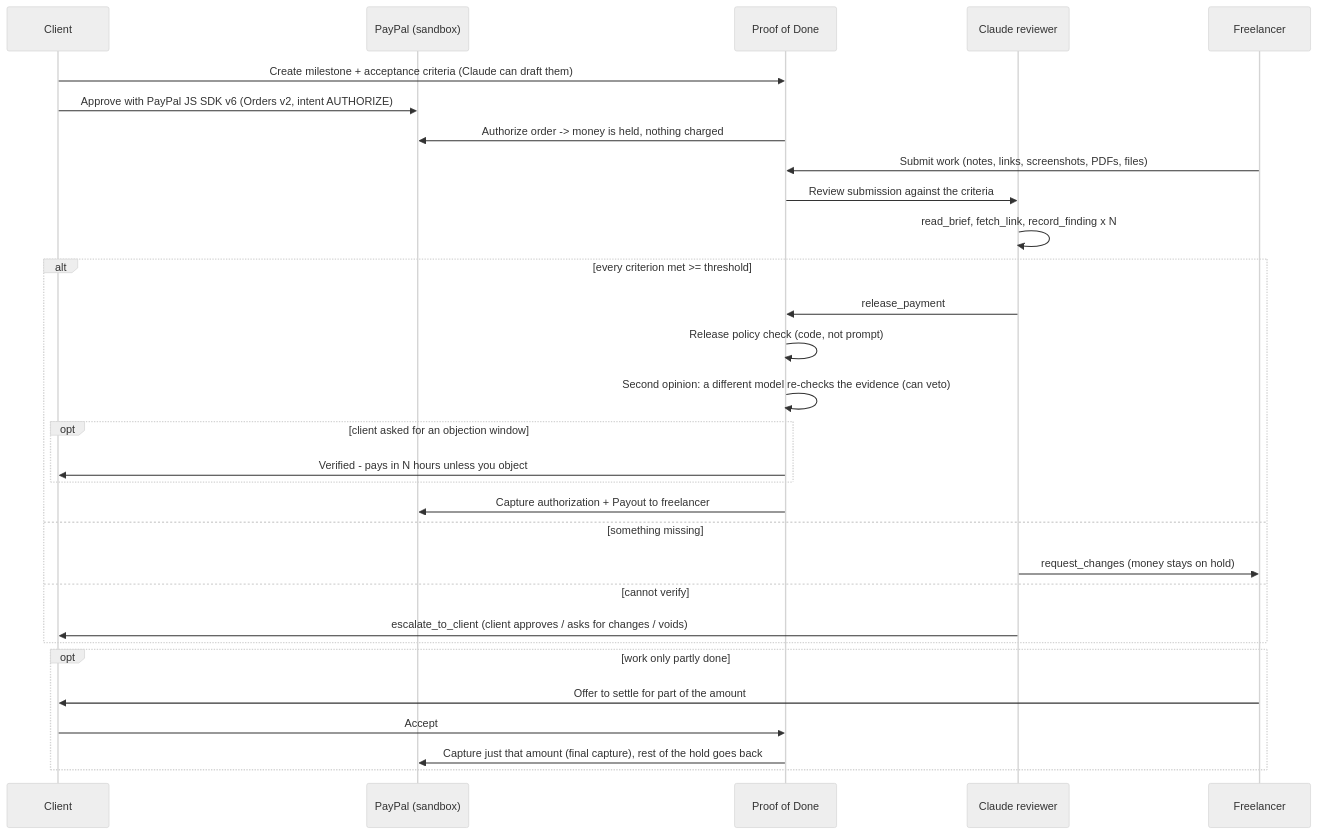
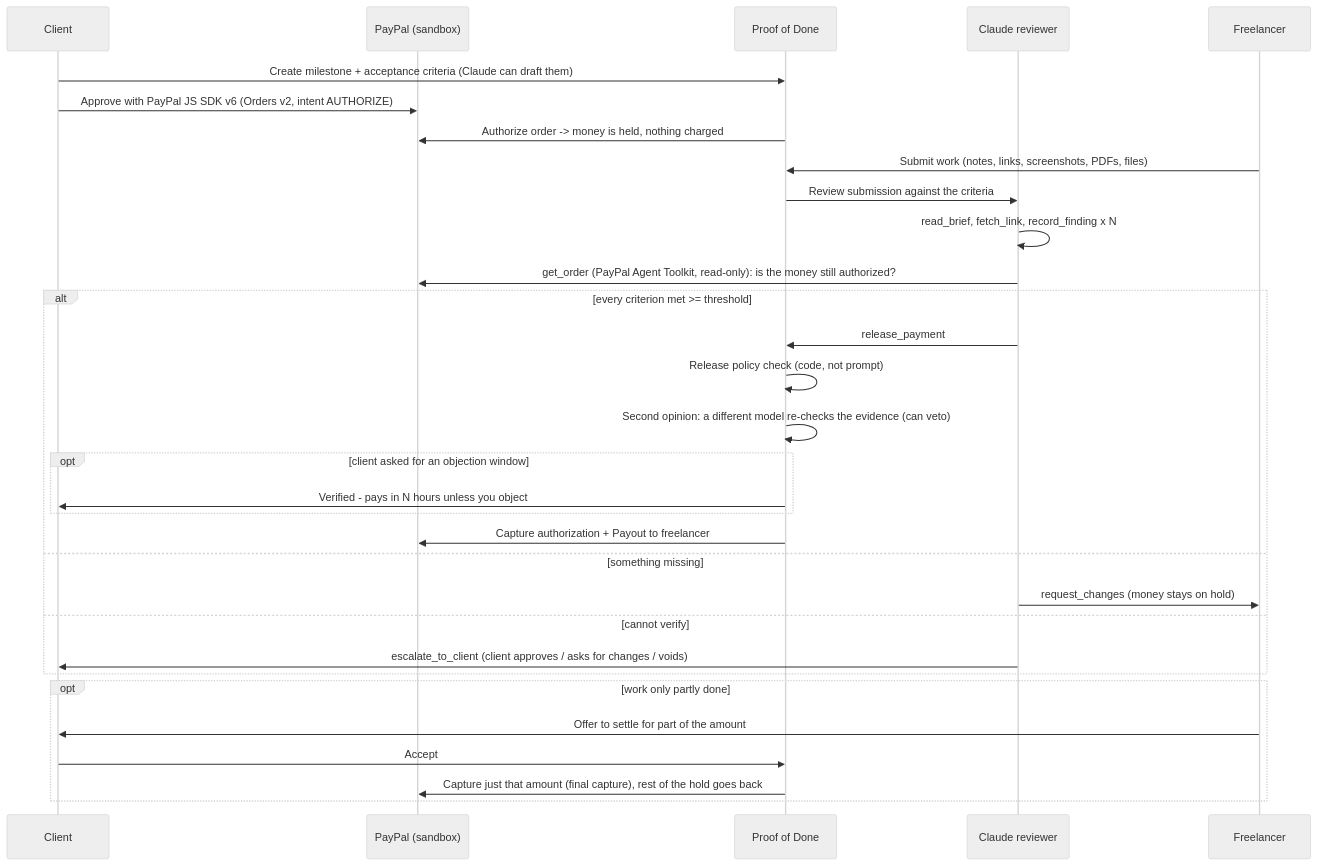
One commit to Zheny766/proof-of-done changed the diagram in README.md. Above: the diagram before and after it, drawn with Mermaid (neutral theme). The commit also changed other lines of this file and 1 other file, not shown here.

Commit message:
README and Devpost text: demo, Agent Toolkit, webhooks, ledger, WebMCP, explain_deal, MCP server

````diff
--- a/README.md
+++ b/README.md
@@ -21,32 +28,33 @@
 ```mermaid
 sequenceDiagram
     participant C as Client
     participant P as PayPal (sandbox)
     participant A as Proof of Done
     participant R as Claude reviewer
     participant F as Freelancer
     C->>A: Create milestone + acceptance criteria (Claude can draft them)
     C->>P: Approve with PayPal JS SDK v6 (Orders v2, intent AUTHORIZE)
     A->>P: Authorize order -> money is held, nothing charged
     F->>A: Submit work (notes, links, screenshots, PDFs, files)
     A->>R: Review submission against the criteria
     R->>R: read_brief, fetch_link, record_finding x N
+    R->>P: get_order (PayPal Agent Toolkit, read-only): is the money still authorized?
     alt every criterion met >= threshold
         R->>A: release_payment
         A->>A: Release policy check (code, not prompt)
         A->>A: Second opinion: a different model re-checks the evidence (can veto)
         opt client asked for an objection window
             A->>C: Verified - pays in N hours unless you object
         end
         A->>P: Capture authorization + Payout to freelancer
     else something missing
         R->>F: request_changes (money stays on hold)
     else cannot verify
         R->>C: escalate_to_client (client approves / asks for changes / voids)
     end
     opt work only partly done
         F->>C: Offer to settle for part of the amount
         C->>A: Accept
         A->>P: Capture just that amount (final capture), rest of the hold goes back
     end
 ```
````
